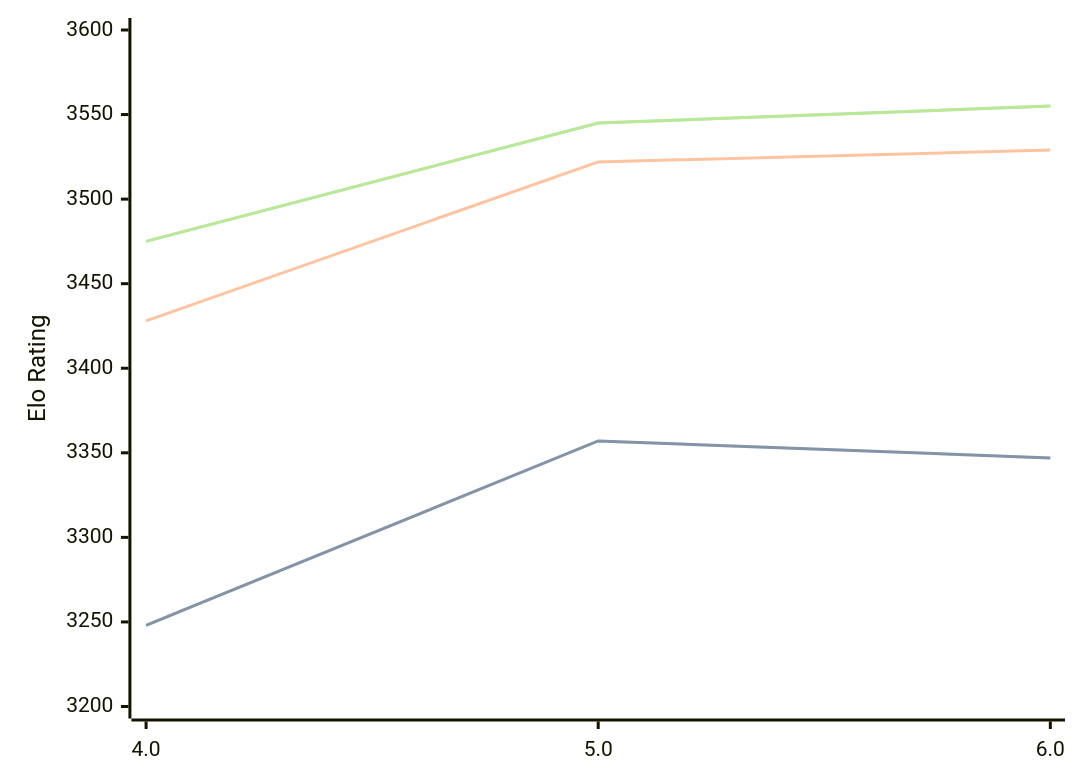
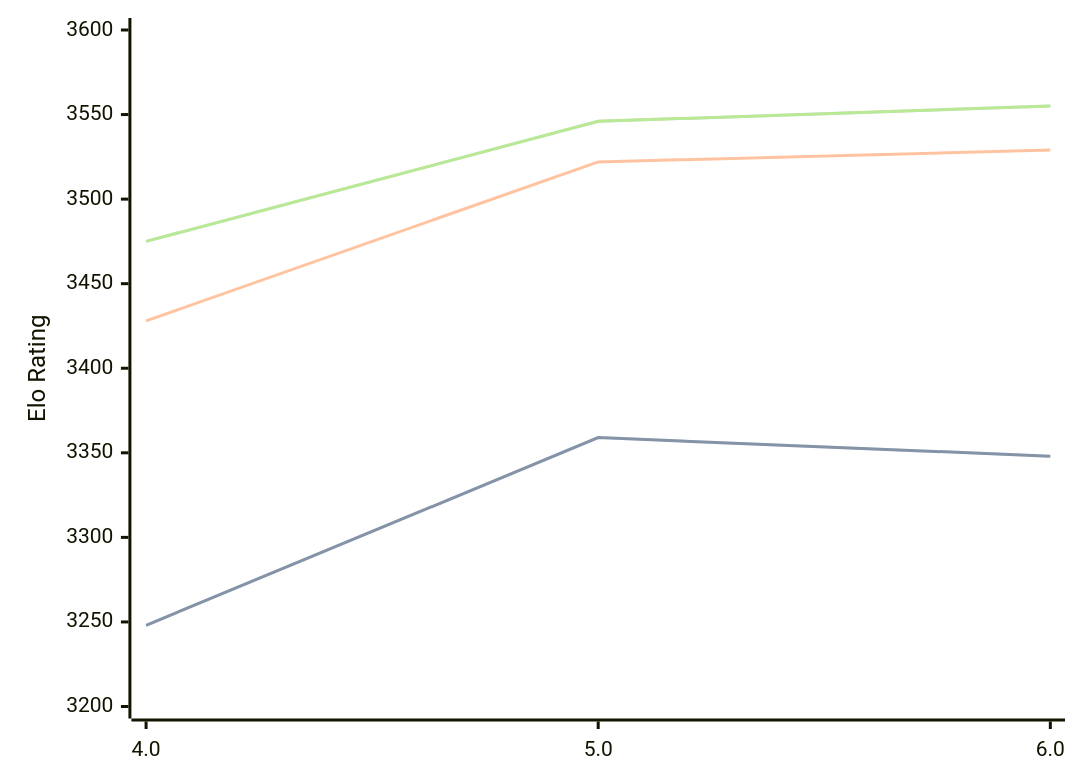
The diagram in engines/Tarnished.md (computer-chess-index/cci), drawn with Mermaid before and after one commit. The commit also changed other lines of this file, not shown here.

Commit message:
Update CCI Ratings (ELO VLTC) - 2026-08-20

````diff
--- a/engines/Tarnished.md
+++ b/engines/Tarnished.md
@@ -33,11 +33,11 @@
 ```mermaid
 %%{init: {"theme":"base","themeVariables":{"seriesColors:['#a3a3a3','#222221','#faa371']}}}%%
 xychart-beta
   x-axis ["4.0", "5.0", "6.0"]
   y-axis "Elo Rating" 3200 --> 3600
-  line "STC (8.0+0.08s)" [3248, 3357, 3347]
-  line "STC (8.0+0.08s)" [3248, 3357, 3347]
+  line "STC (8.0+0.08s)" [3248, 3359, 3348]
+  line "STC (8.0+0.08s)" [3248, 3359, 3348]
   line "LTC (60.0+0.60s)" [3428, 3522, 3529]
-  line "VLTC (2m24s+1.12s)" [3475, 3545, 3555]
-  line "VLTC (2m24s+1.12s)" [3475, 3545, 3555]
+  line "VLTC (2m24s+1.12s)" [3475, 3546, 3555]
+  line "VLTC (2m24s+1.12s)" [3475, 3546, 3555]
 ```
````
